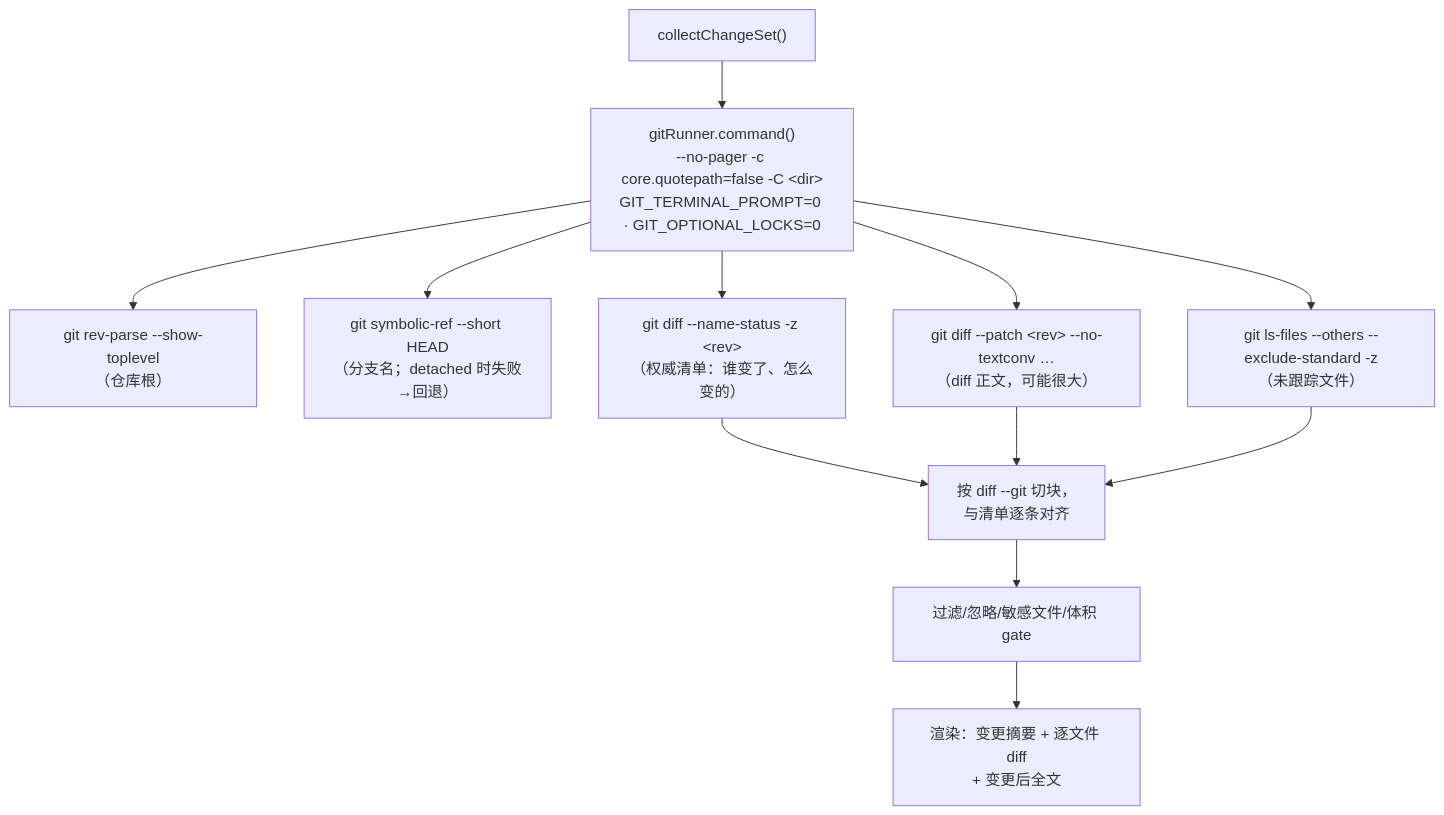
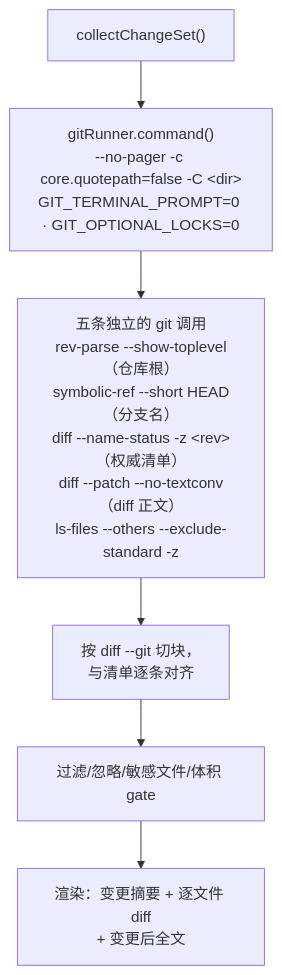
Before and after one commit to yuanguangshan/sourcepack: the diagram in git-course/12-sourcepack-git-internals.md, drawn with Mermaid. The commit also changed 7 other files, not shown here.

First line of the commit message:
book: 修图的"看不清"问题 —— 不缩放 + 收窄超宽图（实测有效字号 3.2px → 16px）

````diff
--- a/git-course/12-sourcepack-git-internals.md
+++ b/git-course/12-sourcepack-git-internals.md
@@ -43,14 +43,8 @@
 ```mermaid
 flowchart TD
     A["collectChangeSet()"] --> B["gitRunner.command()<br/>--no-pager -c core.quotepath=false -C &lt;dir&gt;<br/>GIT_TERMINAL_PROMPT=0 · GIT_OPTIONAL_LOCKS=0"]
-    B --> C1["git rev-parse --show-toplevel<br/>（仓库根）"]
-    B --> C2["git symbolic-ref --short HEAD<br/>（分支名；detached 时失败→回退）"]
-    B --> C3["git diff --name-status -z &lt;rev&gt;<br/>（权威清单：谁变了、怎么变的）"]
-    B --> C4["git diff --patch &lt;rev&gt; --no-textconv …<br/>（diff 正文，可能很大）"]
-    B --> C5["git ls-files --others --exclude-standard -z<br/>（未跟踪文件）"]
+    B --> C3["五条独立的 git 调用<br/>rev-parse --show-toplevel（仓库根）<br/>symbolic-ref --short HEAD（分支名）<br/>diff --name-status -z &lt;rev&gt;（权威清单）<br/>diff --patch --no-textconv（diff 正文）<br/>ls-files --others --exclude-standard -z"]
     C3 --> D["按 diff --git 切块，<br/>与清单逐条对齐"]
-    C4 --> D
-    C5 --> D
     D --> E["过滤/忽略/敏感文件/体积 gate"]
     E --> F["渲染：变更摘要 + 逐文件 diff<br/>+ 变更后全文"]
 ```
````
